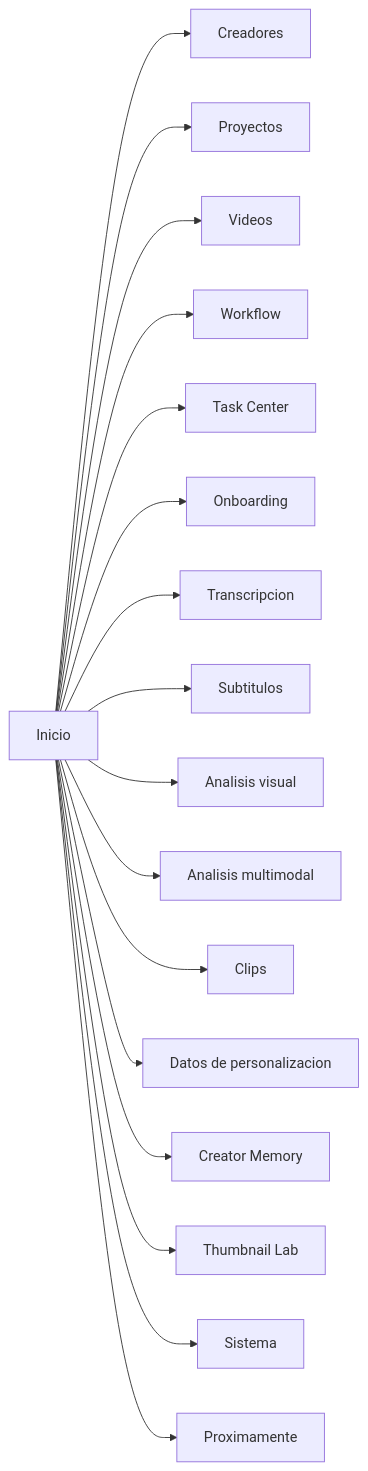
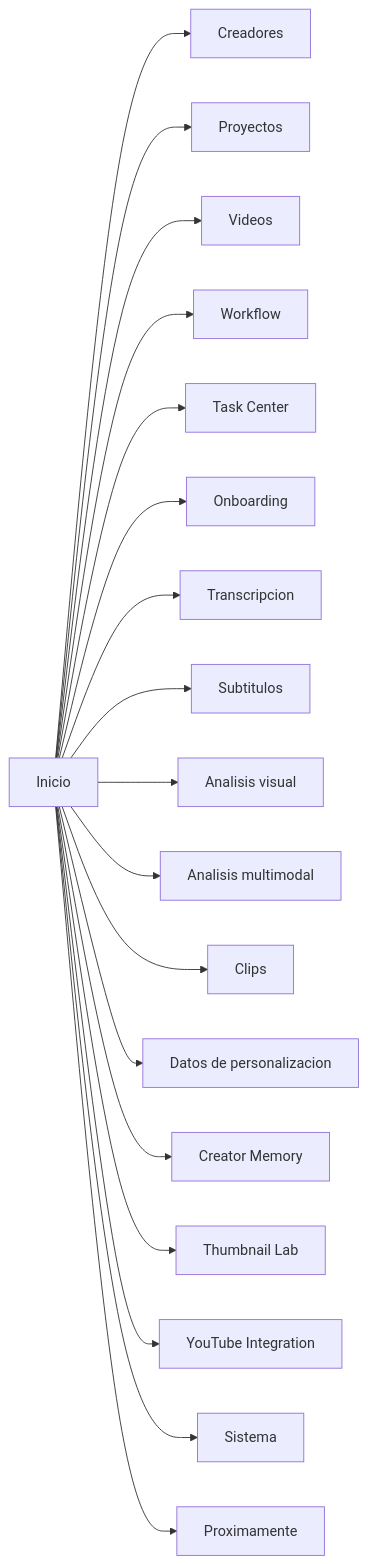
One commit to AS26-Lab/Creator_Inteligence_Studio changed the diagram in docs/UI_MAP.md. Above: the diagram before and after it, drawn with Mermaid. The commit also changed other lines of this file and 55 other files, not shown here.

````diff
--- a/docs/UI_MAP.md
+++ b/docs/UI_MAP.md
@@ -5,19 +5,20 @@
 ```mermaid
 flowchart LR
     Home[Inicio] --> Creators[Creadores]
     Home --> Projects[Proyectos]
     Home --> Media[Videos]
     Home --> Workflow[Workflow]
     Home --> Tasks[Task Center]
     Home --> Onboarding[Onboarding]
     Home --> Transcription[Transcripcion]
     Home --> Subtitles[Subtitulos]
     Home --> Visual[Analisis visual]
     Home --> Multimodal[Analisis multimodal]
     Home --> Clips[Clips]
     Home --> Personalization[Datos de personalizacion]
     Home --> CreatorMemory[Creator Memory]
     Home --> Packaging[Thumbnail Lab]
+    Home --> YouTube[YouTube Integration]
     Home --> System[Sistema]
     Home --> Future[Proximamente]
 ```
````
